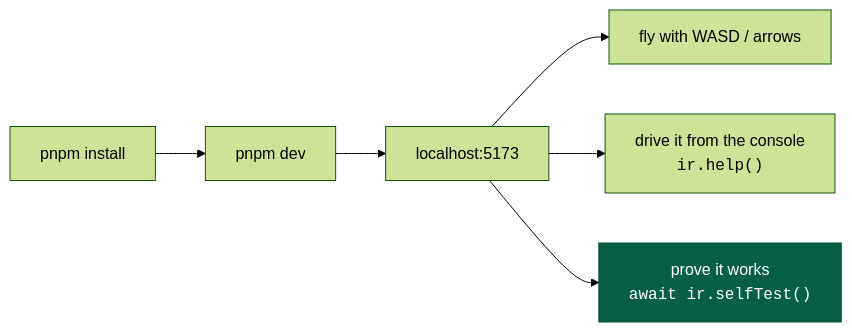
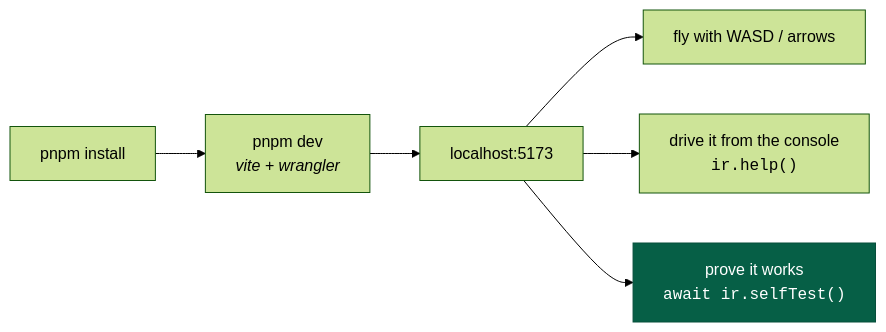
Before and after one commit to jonjaques/inertialref: the first of 2 diagrams in docs/guides/getting-started.md, drawn with Mermaid (forest theme). The commit also changed other lines of this file and 54 other files, not shown here.

````diff
--- a/docs/guides/getting-started.md
+++ b/docs/guides/getting-started.md
@@ -18,8 +24,8 @@
 ```mermaid
 flowchart LR
-    A["pnpm install"] --> B["pnpm dev"] --> C["localhost:5173"]
+    A["pnpm install"] --> B["pnpm dev<br/><i>vite + wrangler</i>"] --> C["localhost:5173"]
     C --> D["fly with WASD / arrows"]
     C --> E["drive it from the console<br/><code>ir.help()</code>"]
     C --> F["prove it works<br/><code>await ir.selfTest()</code>"]
     style F fill:#065f46,stroke:#064e3b,color:#fff
 ```
````
